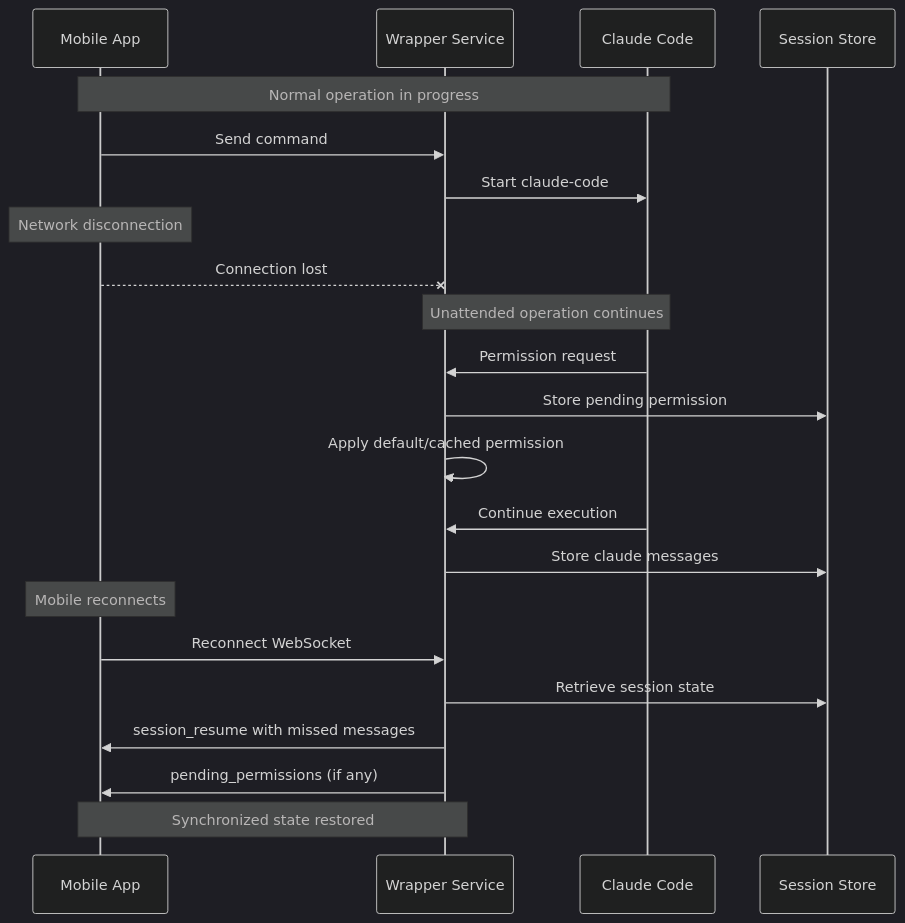
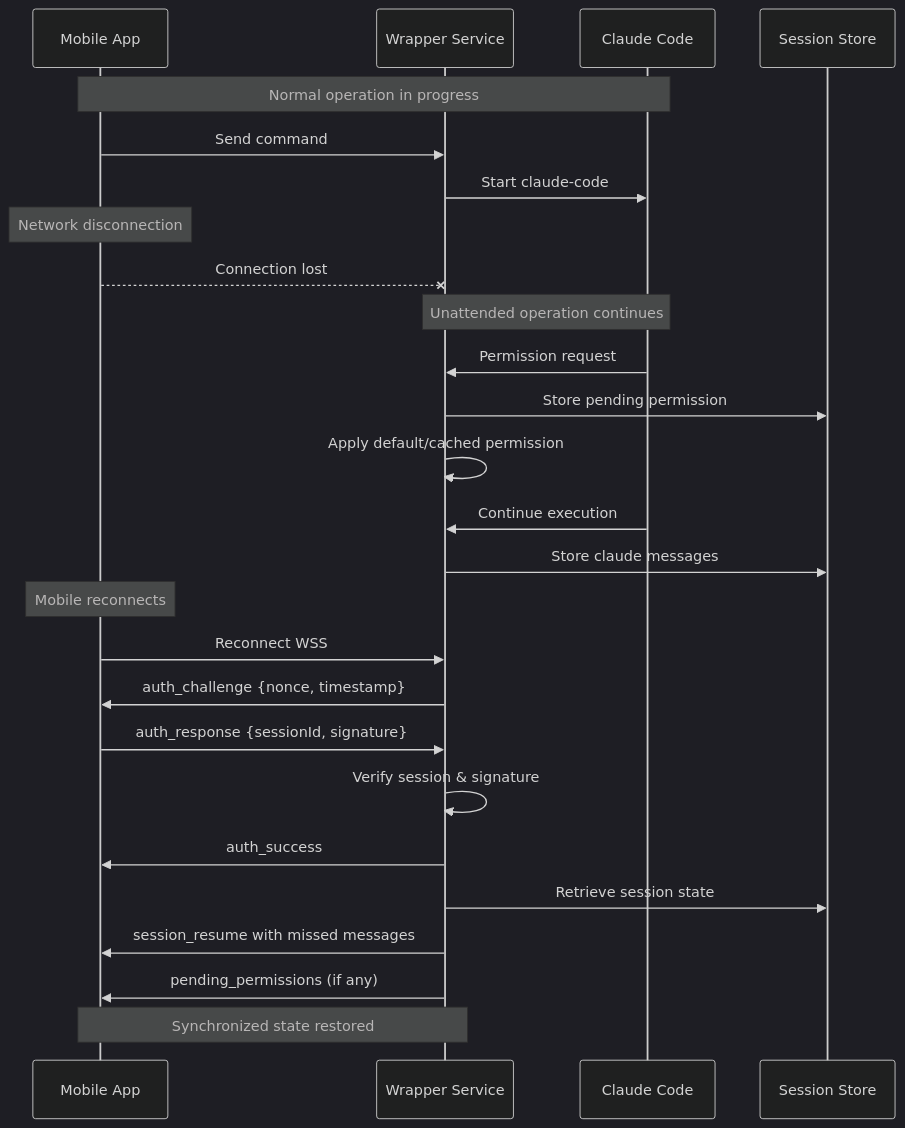
The second of 15 diagrams in documentation/project.spec.md (bebsworthy/pocket_agent), drawn with Mermaid (dark theme) before and after one commit. The commit also changed other lines of this file and 2 other files, not shown here.

First line of the commit message:
Replace SSH tunneling with direct WebSocket connections using SSH key authentication

````diff
--- a/documentation/project.spec.md
+++ b/documentation/project.spec.md
@@ -197,29 +201,33 @@
 ```mermaid
 sequenceDiagram
     participant M as Mobile App
     participant W as Wrapper Service
     participant C as Claude Code
     participant S as Session Store
     
     Note over M,C: Normal operation in progress
     M->>W: Send command
     W->>C: Start claude-code
     
     Note over M: Network disconnection
     M--XW: Connection lost
     
     Note over W,C: Unattended operation continues
     C->>W: Permission request
     W->>S: Store pending permission
     W->>W: Apply default/cached permission
     C->>W: Continue execution
     W->>S: Store claude messages
     
     Note over M: Mobile reconnects
-    M->>W: Reconnect WebSocket
+    M->>W: Reconnect WSS
+    W->>M: auth_challenge {nonce, timestamp}
+    M->>W: auth_response {sessionId, signature}
+    W->>W: Verify session & signature
+    W->>M: auth_success
     W->>S: Retrieve session state
     W->>M: session_resume with missed messages
     W->>M: pending_permissions (if any)
     
     Note over M,W: Synchronized state restored
 ```
````
